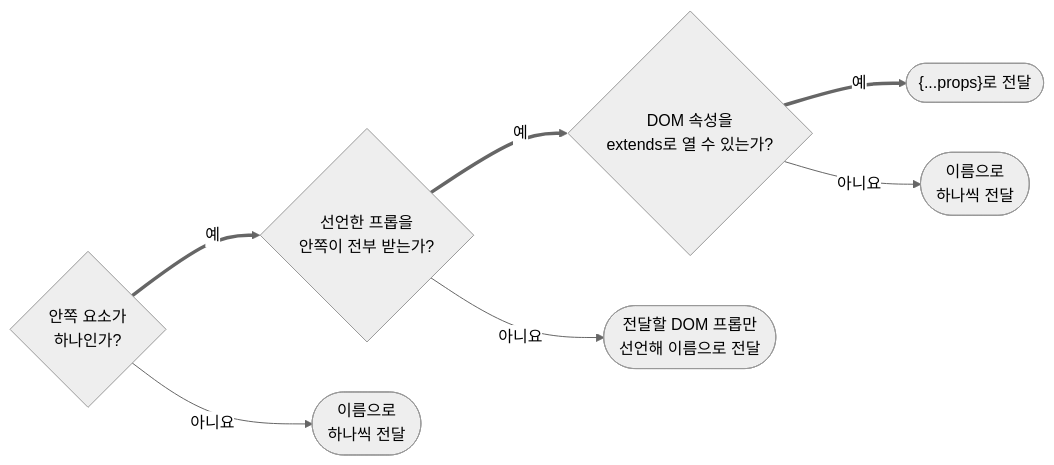
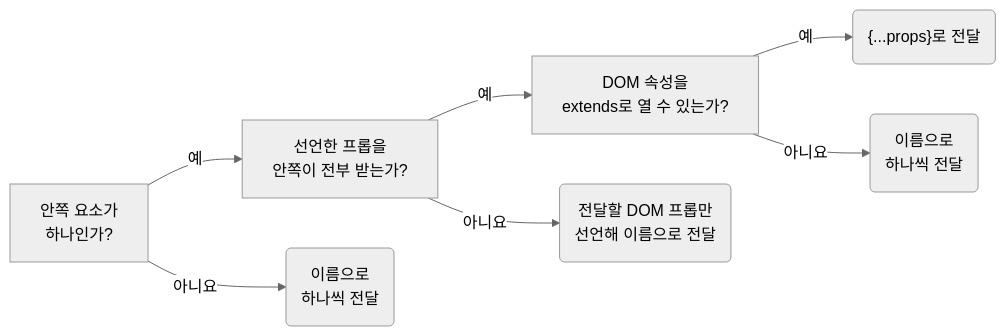
The second of 2 diagrams in skill/react/HANDBOOK.md (minu-ha/agent-conventions), drawn with Mermaid (neutral theme) before and after one commit. The commit also changed 6 other files, not shown here.

First line of the commit message:
style(viewer): 흐름도를 beautiful-mermaid 기본 모습 그대로 그린다

````diff
--- a/skill/react/HANDBOOK.md
+++ b/skill/react/HANDBOOK.md
@@ -1505,7 +1505,7 @@
 ```mermaid
 flowchart LR
-	q1{"안쪽 요소가<br>하나인가?"} == 예 ==> q2{"선언한 프롭을<br>안쪽이 전부 받는가?"} == 예 ==> q3{"DOM 속성을<br>extends로 열 수 있는가?"} == 예 ==> r3(["{...props}로 전달"])
-	q1 -- 아니요 --> r1(["이름으로<br>하나씩 전달"])
-	q2 -- 아니요 --> r2(["전달할 DOM 프롭만<br>선언해 이름으로 전달"])
-	q3 -- 아니요 --> r4(["이름으로<br>하나씩 전달"])
+	q1["안쪽 요소가<br>하나인가?"] -- 예 --> q2["선언한 프롭을<br>안쪽이 전부 받는가?"] -- 예 --> q3["DOM 속성을<br>extends로 열 수 있는가?"] -- 예 --> r3("{...props}로 전달")
+	q1 -- 아니요 --> r1("이름으로<br>하나씩 전달")
+	q2 -- 아니요 --> r2("전달할 DOM 프롭만<br>선언해 이름으로 전달")
+	q3 -- 아니요 --> r4("이름으로<br>하나씩 전달")
 ```
````
